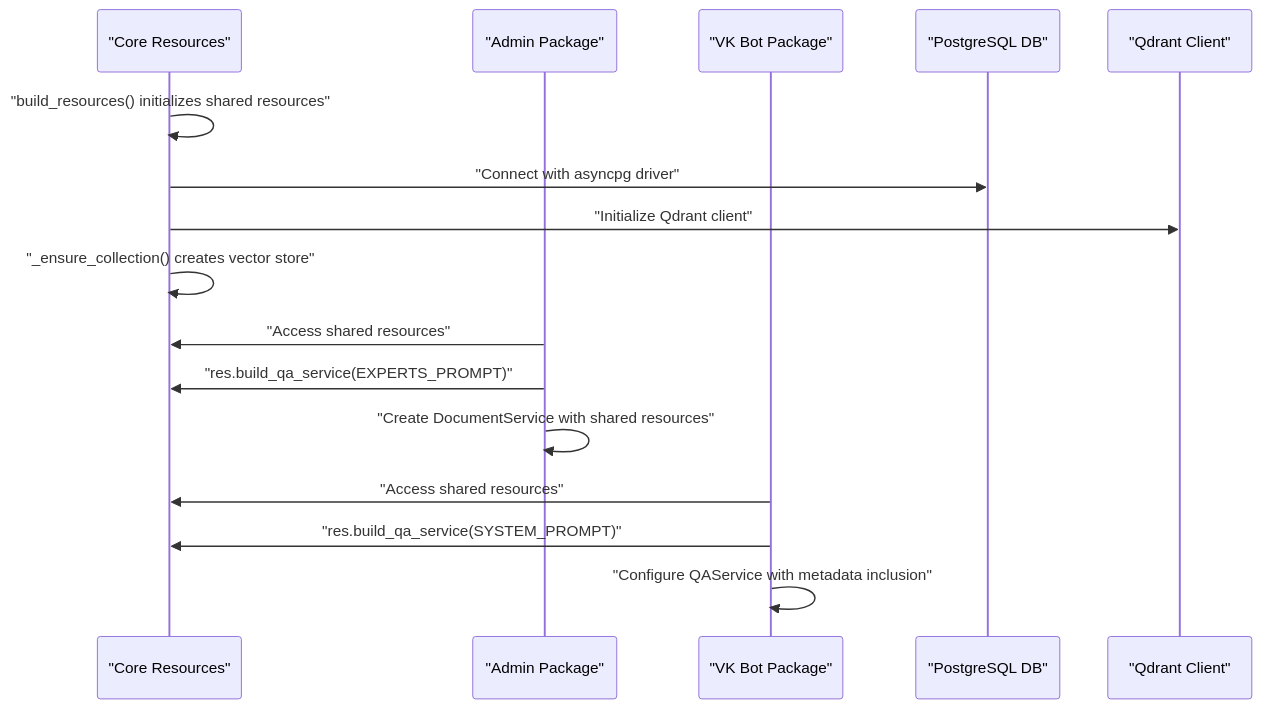
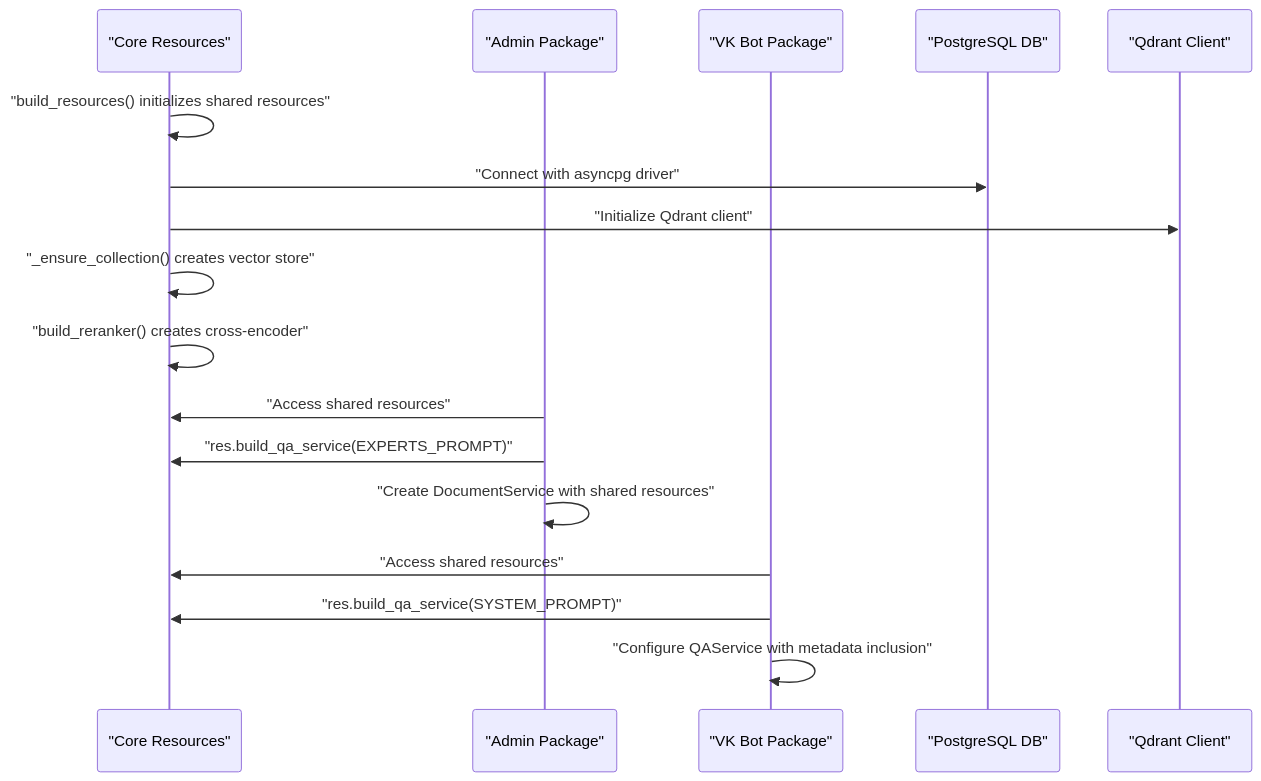
One commit to ognelis/cafetera_hr_bot changed the second of 8 diagrams in .qoder/repowiki/en/content/API Reference/Resource Management System.md. Above: the diagram before and after it, drawn with Mermaid. The commit also changed other lines of this file and 6 other files, not shown here.

````diff
--- a/.qoder/repowiki/en/content/API Reference/Resource Management System.md
+++ b/.qoder/repowiki/en/content/API Reference/Resource Management System.md
@@ -148,18 +163,19 @@
 ```mermaid
 sequenceDiagram
 participant Core as "Core Resources"
 participant Admin as "Admin Package"
 participant VK as "VK Bot Package"
 participant DB as "PostgreSQL DB"
 participant Qdr as "Qdrant Client"
 Core->>Core : "build_resources() initializes shared resources"
 Core->>DB : "Connect with asyncpg driver"
 Core->>Qdr : "Initialize Qdrant client"
 Core->>Core : "_ensure_collection() creates vector store"
+Core->>Core : "build_reranker() creates cross-encoder"
 Admin->>Core : "Access shared resources"
 Admin->>Core : "res.build_qa_service(EXPERTS_PROMPT)"
 Admin->>Admin : "Create DocumentService with shared resources"
 VK->>Core : "Access shared resources"
 VK->>Core : "res.build_qa_service(SYSTEM_PROMPT)"
 VK->>VK : "Configure QAService with metadata inclusion"
 ```
````
